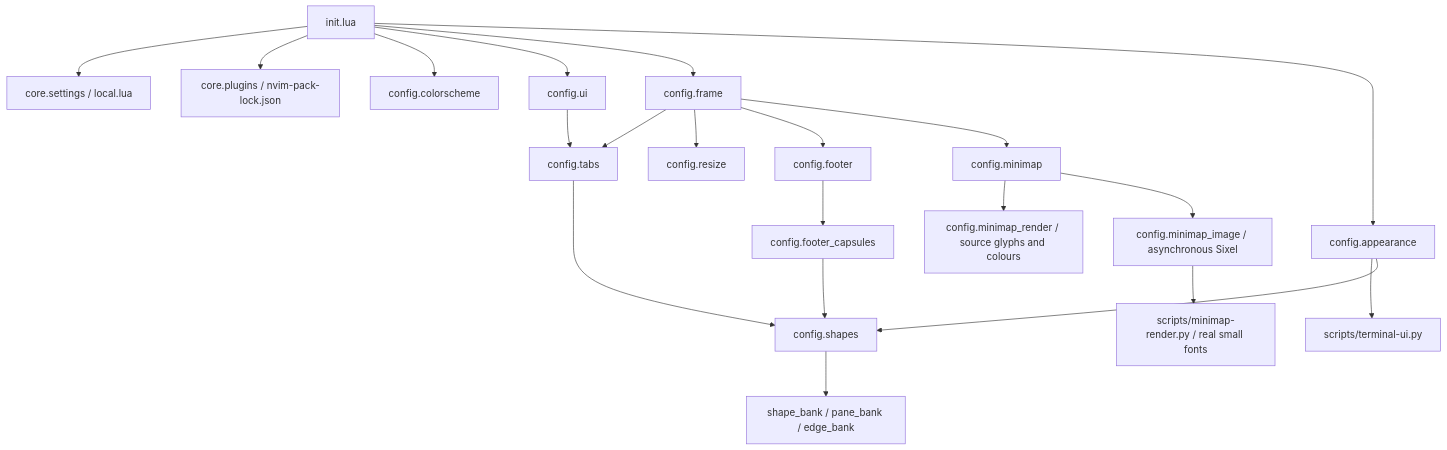
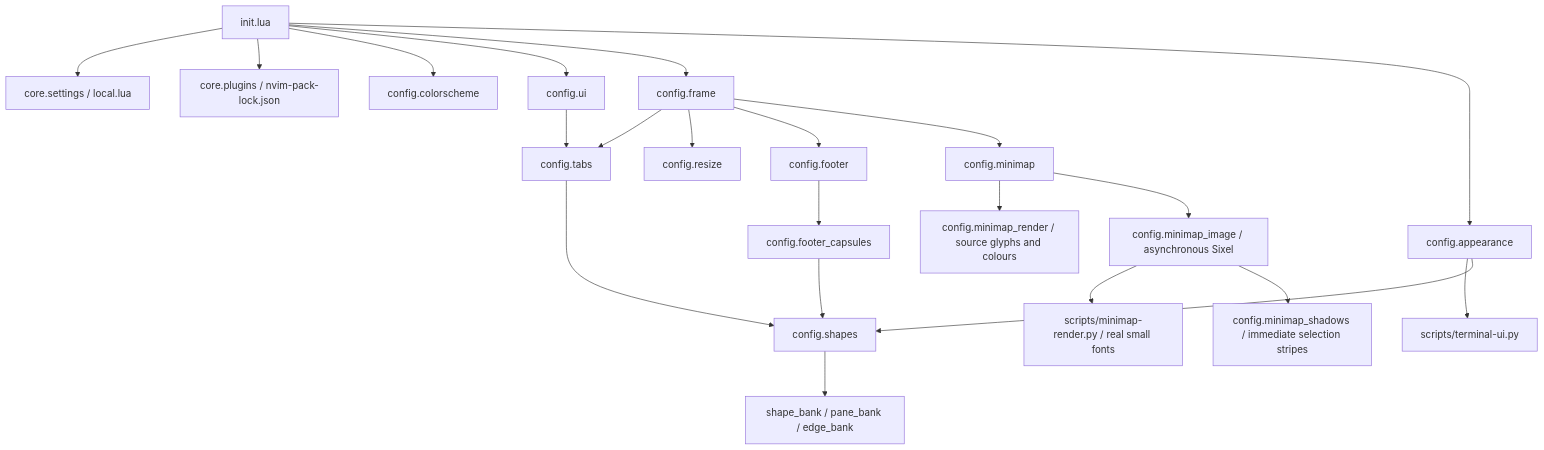
One commit to faneikuangtu12138/neovim-workbench changed the diagram in docs/CONFIGURATION.md. Above: the diagram before and after it, drawn with Mermaid. The commit also changed other lines of this file and 13 other files, not shown here.

Commit message:
Narrow minimap and update selection shadows independently of code rendering

````diff
--- a/docs/CONFIGURATION.md
+++ b/docs/CONFIGURATION.md
@@ -28,23 +28,24 @@
 ```mermaid
 flowchart TD
   Init[init.lua] --> Settings[core.settings / local.lua]
   Init --> Plugins[core.plugins / nvim-pack-lock.json]
   Init --> Theme[config.colorscheme]
   Init --> UI[config.ui]
   UI --> Tabs[config.tabs]
   Tabs --> Shapes[config.shapes]
   Shapes --> Banks[shape_bank / pane_bank / edge_bank]
   Init --> Frame[config.frame]
   Frame --> Tabs
   Frame --> Resize[config.resize]
   Frame --> Footer[config.footer]
   Frame --> Minimap[config.minimap]
   Minimap --> Glyphs[config.minimap_render / source glyphs and colours]
   Minimap --> Image[config.minimap_image / asynchronous Sixel]
   Image --> Pixels[scripts/minimap-render.py / real small fonts]
+  Image --> Shadows[config.minimap_shadows / immediate selection stripes]
   Footer --> Capsules[config.footer_capsules]
   Capsules --> Shapes
   Init --> Appearance[config.appearance]
   Appearance --> Backend[scripts/terminal-ui.py]
   Appearance --> Shapes
 ```
````
